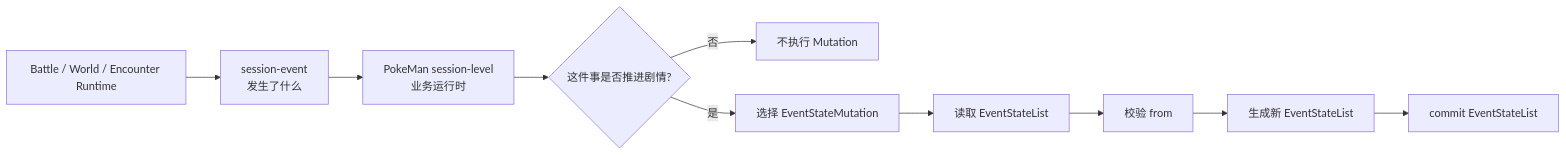
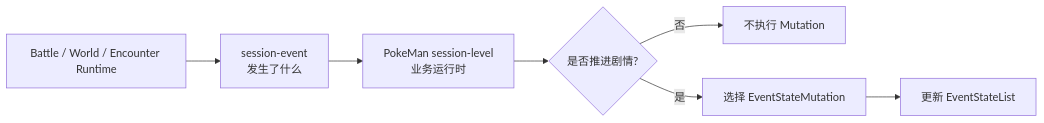
The sixth of 8 diagrams in examples/PokeMan/doc/65-data-model-diagram.md (lithdoo/loom-realm), drawn with Mermaid before and after one commit. The commit also changed other lines of this file, not shown here.

Commit message:
docs(PokeMan): update model diagram for contract skills

````diff
--- a/examples/PokeMan/doc/65-data-model-diagram.md
+++ b/examples/PokeMan/doc/65-data-model-diagram.md
@@ -383,12 +278,9 @@
 ```mermaid
 flowchart LR
     B[Battle / World / Encounter Runtime] --> SE[session-event<br/>发生了什么]
     SE --> G[PokeMan session-level<br/>业务运行时]
-    G --> Q{这件事是否推进剧情?}
+    G --> Q{是否推进剧情?}
     Q -->|否| END[不执行 Mutation]
     Q -->|是| M[选择 EventStateMutation]
-    M --> READ[读取 EventStateList]
-    READ --> CHECK[校验 from]
-    CHECK --> BUILD[生成新 EventStateList]
-    BUILD --> COMMIT[commit EventStateList]
+    M --> C[更新 EventStateList]
 ```
````
